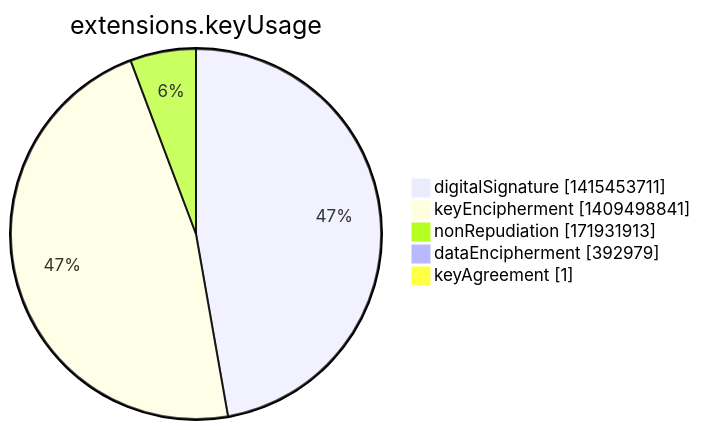
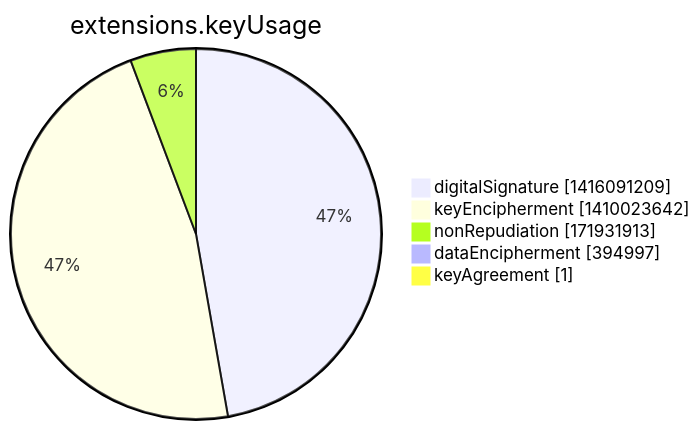
One commit to christiankrug/ctmonitor_visualization changed the seventh of 15 diagrams in argon2022/README.md. Above: the diagram before and after it, drawn with Mermaid. The commit also changed other lines of this file, not shown here.

````diff
--- a/argon2022/README.md
+++ b/argon2022/README.md
@@ -2751,9 +2751,9 @@
 ```mermaid
 pie showData
 title extensions.keyUsage
-"digitalSignature" :1415453711
-"keyEncipherment" :1409498841
+"digitalSignature" :1416091209
+"keyEncipherment" :1410023642
 "nonRepudiation" :171931913
-"dataEncipherment" :392979
+"dataEncipherment" :394997
 "keyAgreement" :1
 ```
````
